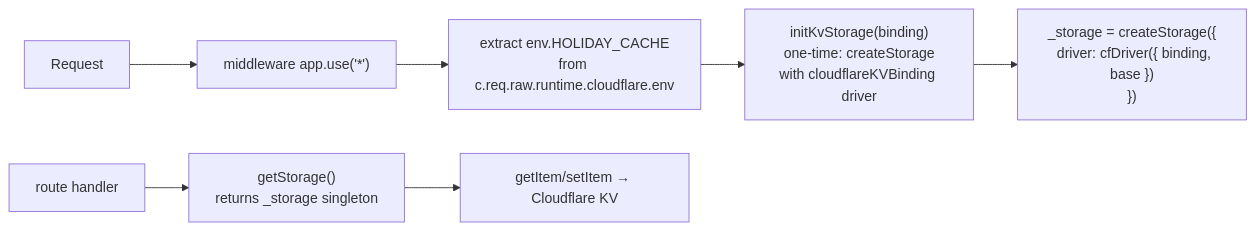
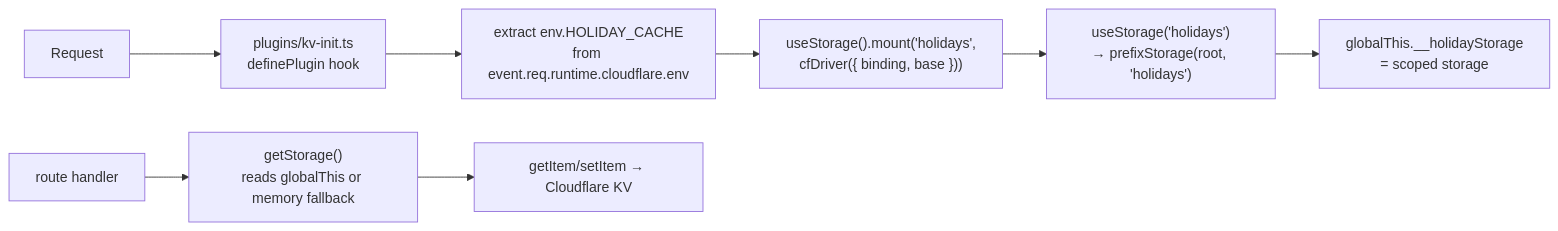
Before and after one commit to ai-hana-ai/api-hari-libur: the second of 2 diagrams in AGENTS.md, drawn with Mermaid. The commit also changed other lines of this file and 15 other files, not shown here.

First line of the commit message:
refactor: routeRules for CORS/cache, scraper hardening, cleanup

````diff
--- a/AGENTS.md
+++ b/AGENTS.md
@@ -102,9 +111,10 @@
 ```mermaid
 flowchart LR
-  Request --> Middleware["middleware app.use('*')"]
-  Middleware --> Binding["extract env.HOLIDAY_CACHE<br/>from c.req.raw.runtime.cloudflare.env"]
-  Binding --> Init["initKvStorage(binding)<br/>one-time: createStorage<br/>with cloudflareKVBinding driver"]
-  Init --> Storage["_storage = createStorage({<br/>  driver: cfDriver({ binding, base })<br/>})"]
-  Route["route handler"] --> getStorage["getStorage()<br/>returns _storage singleton"]
-  getStorage --> KV["getItem/setItem → Cloudflare KV"]
+  Request --> Plugin["plugins/kv-init.ts<br/>definePlugin hook"]
+  Plugin --> Binding["extract env.HOLIDAY_CACHE<br/>from event.req.runtime.cloudflare.env"]
+  Binding --> Mount["useStorage().mount('holidays',<br/>cfDriver({ binding, base }))"]
+  Mount --> Scoped["useStorage('holidays')<br/>→ prefixStorage(root, 'holidays')"]
+  Scoped --> GlobalThis["globalThis.__holidayStorage<br/>= scoped storage"]
+  Route["route handler"] --> GetStorage["getStorage()<br/>reads globalThis or memory fallback"]
+  GetStorage --> KV["getItem/setItem → Cloudflare KV"]
 ```
````
